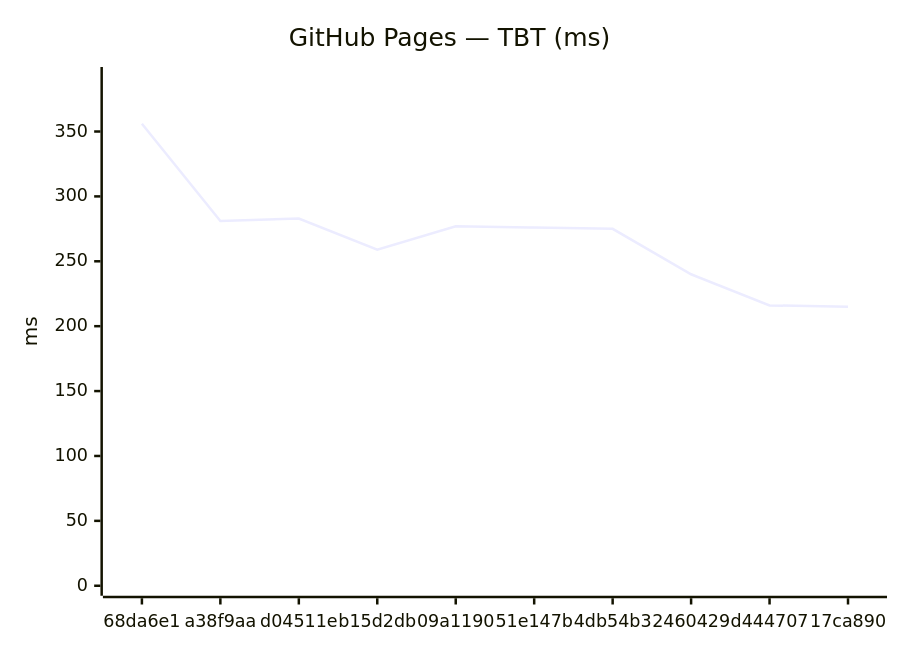
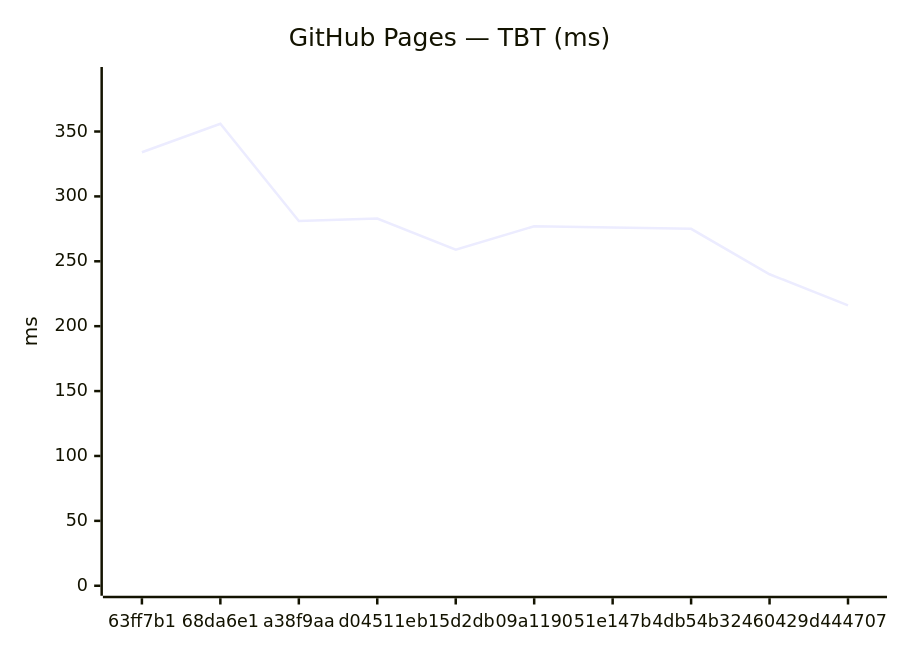
Before and after one commit to Metaheurist/Rianell: the fourth of 18 diagrams in benchmarks/compare.md, drawn with Mermaid. The commit also changed other lines of this file and 11 other files, not shown here.

````diff
--- a/benchmarks/compare.md
+++ b/benchmarks/compare.md
@@ -61,7 +61,7 @@
 ```mermaid
 xychart-beta
     title "GitHub Pages — TBT (ms)"
-    x-axis ["68da6e1", "a38f9aa", "d04511e", "b15d2db", "09a1190", "51e147b", "4db54b3", "2460429", "d444707", "17ca890"]
+    x-axis ["63ff7b1", "68da6e1", "a38f9aa", "d04511e", "b15d2db", "09a1190", "51e147b", "4db54b3", "2460429", "d444707"]
     y-axis "ms" 0 --> 392
-    line [356, 281, 283, 259, 277, 276, 275, 240, 216, 215]
+    line [334, 356, 281, 283, 259, 277, 276, 275, 240, 216]
 ```
````
